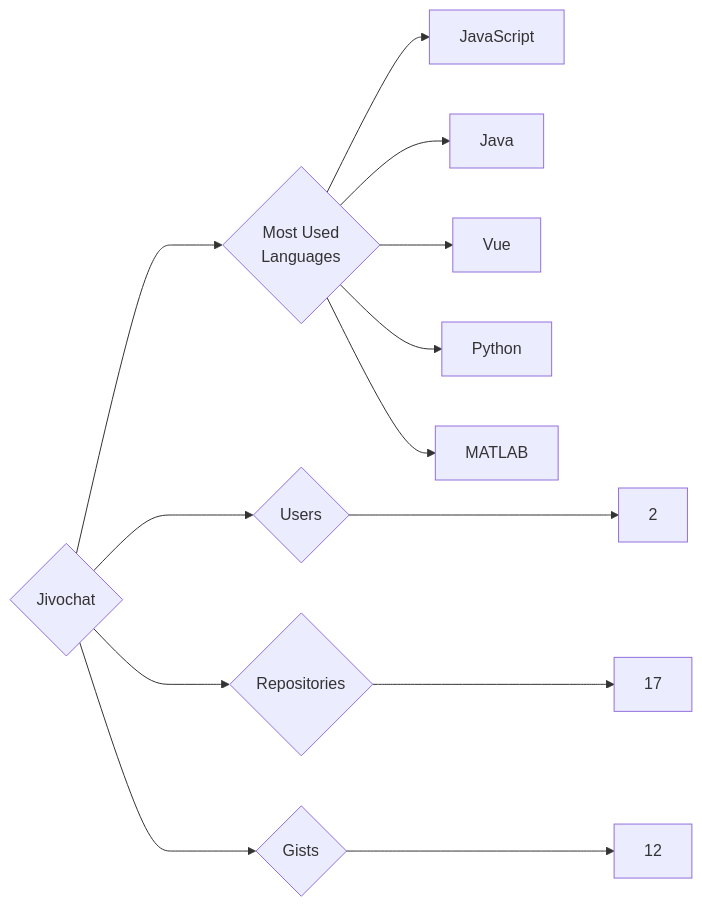
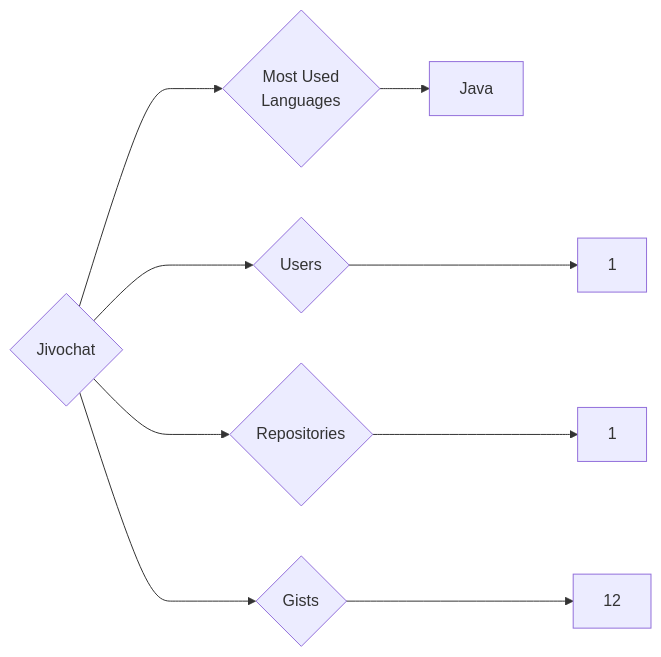
The diagram in targets/Jivochat/README.md (trickest/insiders), drawn with Mermaid before and after one commit. The commit also changed 688 other files, not shown here.

````diff
--- a/targets/Jivochat/README.md
+++ b/targets/Jivochat/README.md
@@ -3,13 +3,9 @@
 ```mermaid
 graph LR
 COMPANY_NAME{Jivochat}
-COMPANY_NAME ---> U{Users} ---> UN[2]
-COMPANY_NAME ---> R{Repositories} ---> RN[17]
+COMPANY_NAME ---> U{Users} ---> UN[1]
+COMPANY_NAME ---> R{Repositories} ---> RN[1]
 COMPANY_NAME ---> G{Gists} ---> GN[12]
 COMPANY_NAME ---> ML{Most Used<br>Languages}
-ML --> JavaScript[JavaScript]
 ML --> Java[Java]
-ML --> Vue[Vue]
-ML --> Python[Python]
-ML --> MATLAB[MATLAB]
 ```
````
